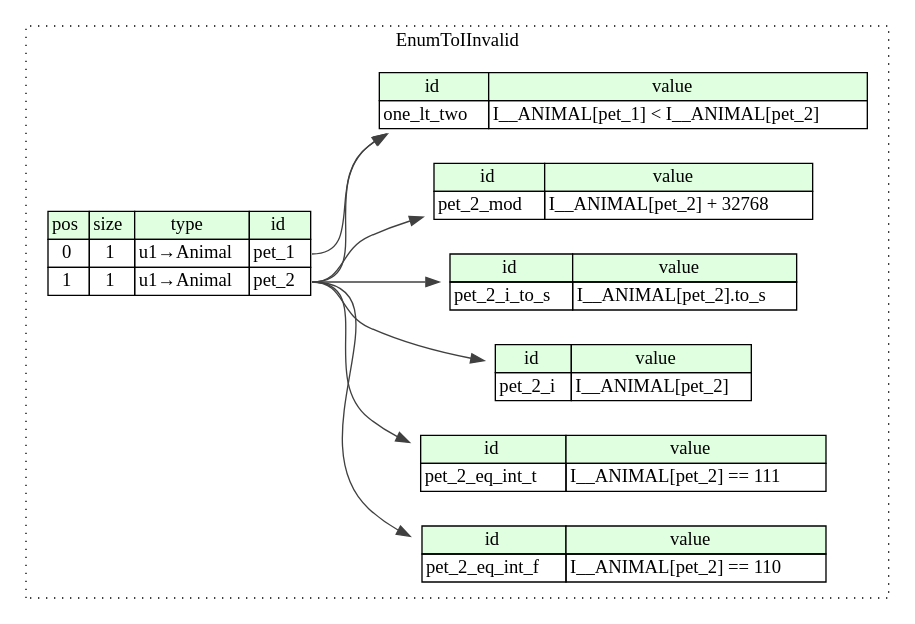
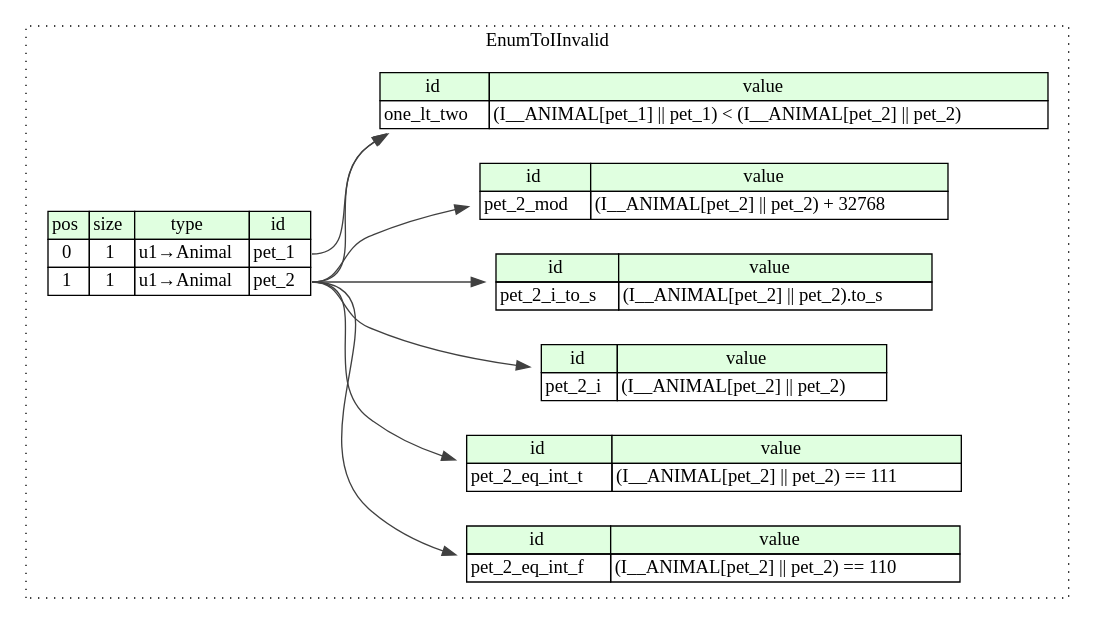
The diagram in compiled/graphviz/enum_to_i_invalid.dot (kaitai-io/ci_targets), drawn with Graphviz before and after one commit. The commit also changed 7 other files, not shown here.

```diff
--- a/compiled/graphviz/enum_to_i_invalid.dot
+++ b/compiled/graphviz/enum_to_i_invalid.dot
@@ -1,45 +1,45 @@
 digraph {
 	rankdir=LR;
 	node [shape=plaintext];
 	subgraph cluster__enum_to_i_invalid {
 		label="EnumToIInvalid";
 		graph[style=dotted];
 
 		enum_to_i_invalid__seq [label=<<TABLE BORDER="0" CELLBORDER="1" CELLSPACING="0">
 			<TR><TD BGCOLOR="#E0FFE0">pos</TD><TD BGCOLOR="#E0FFE0">size</TD><TD BGCOLOR="#E0FFE0">type</TD><TD BGCOLOR="#E0FFE0">id</TD></TR>
 			<TR><TD PORT="pet_1_pos">0</TD><TD PORT="pet_1_size">1</TD><TD>u1→Animal</TD><TD PORT="pet_1_type">pet_1</TD></TR>
 			<TR><TD PORT="pet_2_pos">1</TD><TD PORT="pet_2_size">1</TD><TD>u1→Animal</TD><TD PORT="pet_2_type">pet_2</TD></TR>
 		</TABLE>>];
 		enum_to_i_invalid__inst__one_lt_two [label=<<TABLE BORDER="0" CELLBORDER="1" CELLSPACING="0">
 			<TR><TD BGCOLOR="#E0FFE0">id</TD><TD BGCOLOR="#E0FFE0">value</TD></TR>
-			<TR><TD>one_lt_two</TD><TD>I__ANIMAL[pet_1] &lt; I__ANIMAL[pet_2]</TD></TR>
+			<TR><TD>one_lt_two</TD><TD>(I__ANIMAL[pet_1] || pet_1) &lt; (I__ANIMAL[pet_2] || pet_2)</TD></TR>
 		</TABLE>>];
 		enum_to_i_invalid__inst__pet_2_eq_int_f [label=<<TABLE BORDER="0" CELLBORDER="1" CELLSPACING="0">
 			<TR><TD BGCOLOR="#E0FFE0">id</TD><TD BGCOLOR="#E0FFE0">value</TD></TR>
-			<TR><TD>pet_2_eq_int_f</TD><TD>I__ANIMAL[pet_2] == 110</TD></TR>
+			<TR><TD>pet_2_eq_int_f</TD><TD>(I__ANIMAL[pet_2] || pet_2) == 110</TD></TR>
 		</TABLE>>];
 		enum_to_i_invalid__inst__pet_2_eq_int_t [label=<<TABLE BORDER="0" CELLBORDER="1" CELLSPACING="0">
 			<TR><TD BGCOLOR="#E0FFE0">id</TD><TD BGCOLOR="#E0FFE0">value</TD></TR>
-			<TR><TD>pet_2_eq_int_t</TD><TD>I__ANIMAL[pet_2] == 111</TD></TR>
+			<TR><TD>pet_2_eq_int_t</TD><TD>(I__ANIMAL[pet_2] || pet_2) == 111</TD></TR>
 		</TABLE>>];
 		enum_to_i_invalid__inst__pet_2_i [label=<<TABLE BORDER="0" CELLBORDER="1" CELLSPACING="0">
 			<TR><TD BGCOLOR="#E0FFE0">id</TD><TD BGCOLOR="#E0FFE0">value</TD></TR>
-			<TR><TD>pet_2_i</TD><TD>I__ANIMAL[pet_2]</TD></TR>
+			<TR><TD>pet_2_i</TD><TD>(I__ANIMAL[pet_2] || pet_2)</TD></TR>
 		</TABLE>>];
 		enum_to_i_invalid__inst__pet_2_i_to_s [label=<<TABLE BORDER="0" CELLBORDER="1" CELLSPACING="0">
 			<TR><TD BGCOLOR="#E0FFE0">id</TD><TD BGCOLOR="#E0FFE0">value</TD></TR>
-			<TR><TD>pet_2_i_to_s</TD><TD>I__ANIMAL[pet_2].to_s</TD></TR>
+			<TR><TD>pet_2_i_to_s</TD><TD>(I__ANIMAL[pet_2] || pet_2).to_s</TD></TR>
 		</TABLE>>];
 		enum_to_i_invalid__inst__pet_2_mod [label=<<TABLE BORDER="0" CELLBORDER="1" CELLSPACING="0">
 			<TR><TD BGCOLOR="#E0FFE0">id</TD><TD BGCOLOR="#E0FFE0">value</TD></TR>
-			<TR><TD>pet_2_mod</TD><TD>I__ANIMAL[pet_2] + 32768</TD></TR>
+			<TR><TD>pet_2_mod</TD><TD>(I__ANIMAL[pet_2] || pet_2) + 32768</TD></TR>
 		</TABLE>>];
 	}
 	enum_to_i_invalid__seq:pet_1_type -> enum_to_i_invalid__inst__one_lt_two [color="#404040"];
 	enum_to_i_invalid__seq:pet_2_type -> enum_to_i_invalid__inst__one_lt_two [color="#404040"];
 	enum_to_i_invalid__seq:pet_2_type -> enum_to_i_invalid__inst__pet_2_eq_int_f [color="#404040"];
 	enum_to_i_invalid__seq:pet_2_type -> enum_to_i_invalid__inst__pet_2_eq_int_t [color="#404040"];
 	enum_to_i_invalid__seq:pet_2_type -> enum_to_i_invalid__inst__pet_2_i [color="#404040"];
 	enum_to_i_invalid__seq:pet_2_type -> enum_to_i_invalid__inst__pet_2_i_to_s [color="#404040"];
 	enum_to_i_invalid__seq:pet_2_type -> enum_to_i_invalid__inst__pet_2_mod [color="#404040"];
 }
```
